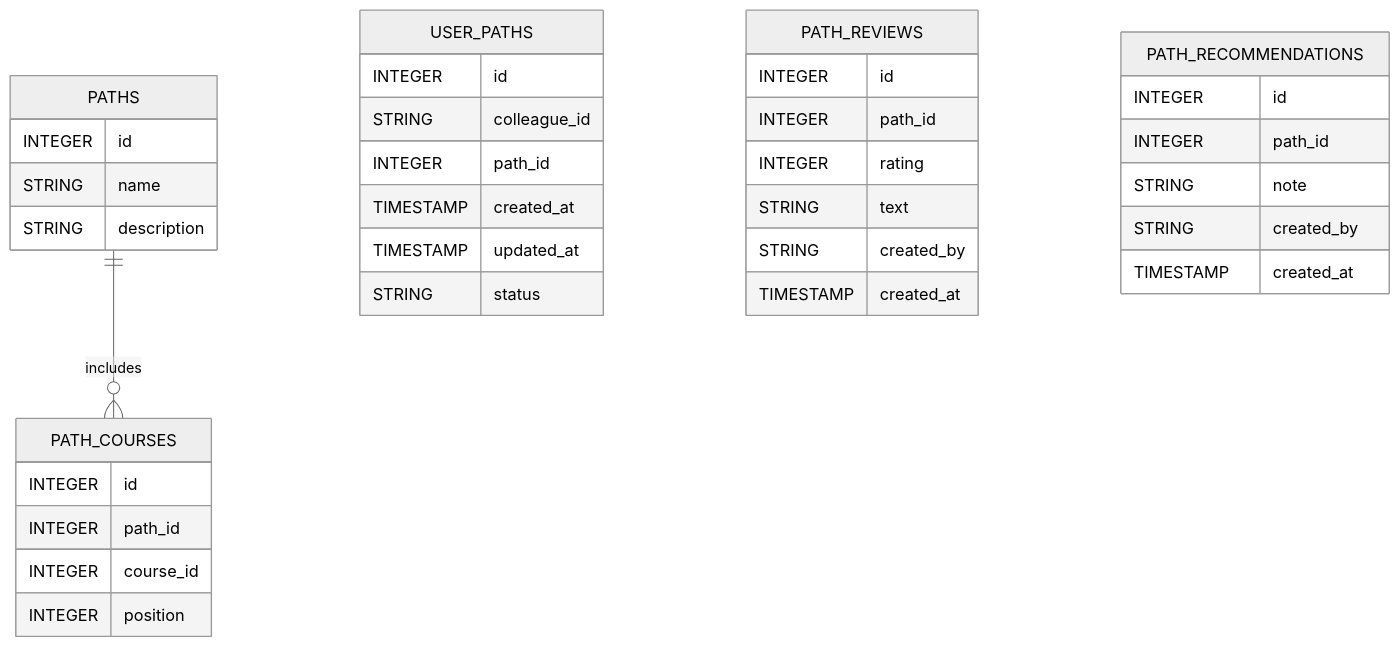
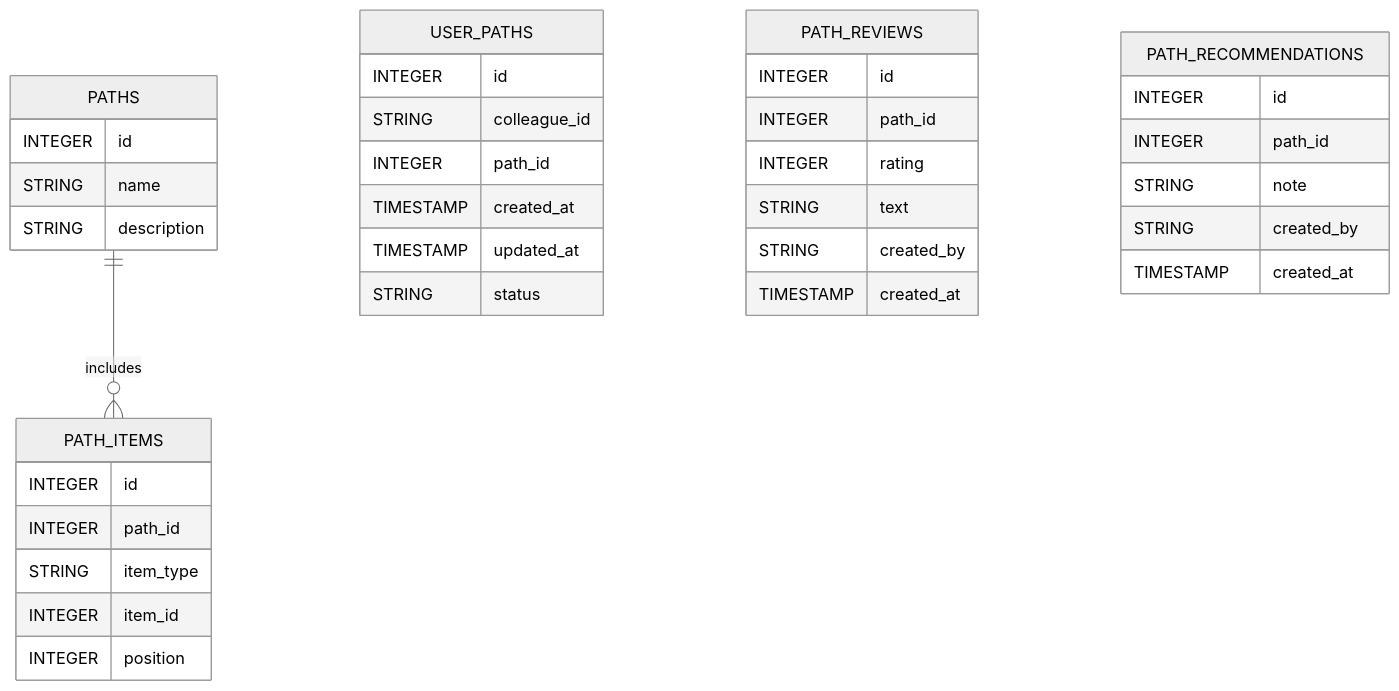
One commit to JustinMelger/Upstream changed the tenth of 16 diagrams in docs/architecture_backend.md. Above: the diagram before and after it, drawn with Mermaid (neutral theme). The commit also changed other lines of this file and 73 other files, not shown here.

````diff
--- a/docs/architecture_backend.md
+++ b/docs/architecture_backend.md
@@ -575,38 +578,39 @@
 ```mermaid
 erDiagram
-  PATHS ||--o{ PATH_COURSES : "includes"
+  PATHS ||--o{ PATH_ITEMS : "includes"
   PATHS {
     INTEGER id
     STRING name
     STRING description
   }
-  PATH_COURSES {
+  PATH_ITEMS {
     INTEGER id
     INTEGER path_id
-    INTEGER course_id
+    STRING item_type
+    INTEGER item_id
     INTEGER position
   }
   USER_PATHS {
     INTEGER id
     STRING colleague_id
     INTEGER path_id
     TIMESTAMP created_at
     TIMESTAMP updated_at
     STRING status
   }
   PATH_REVIEWS {
     INTEGER id
     INTEGER path_id
     INTEGER rating
     STRING text
     STRING created_by
     TIMESTAMP created_at
   }
   PATH_RECOMMENDATIONS {
     INTEGER id
     INTEGER path_id
     STRING note
     STRING created_by
     TIMESTAMP created_at
   }
 ```
````
